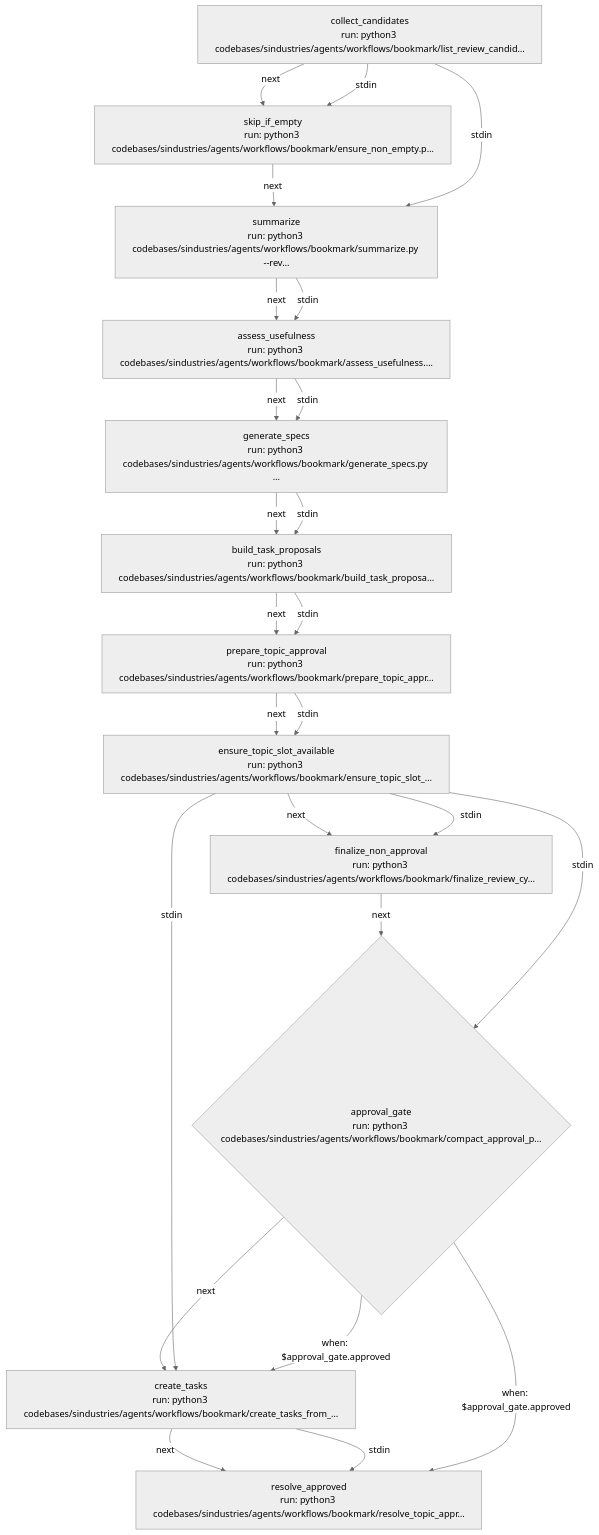
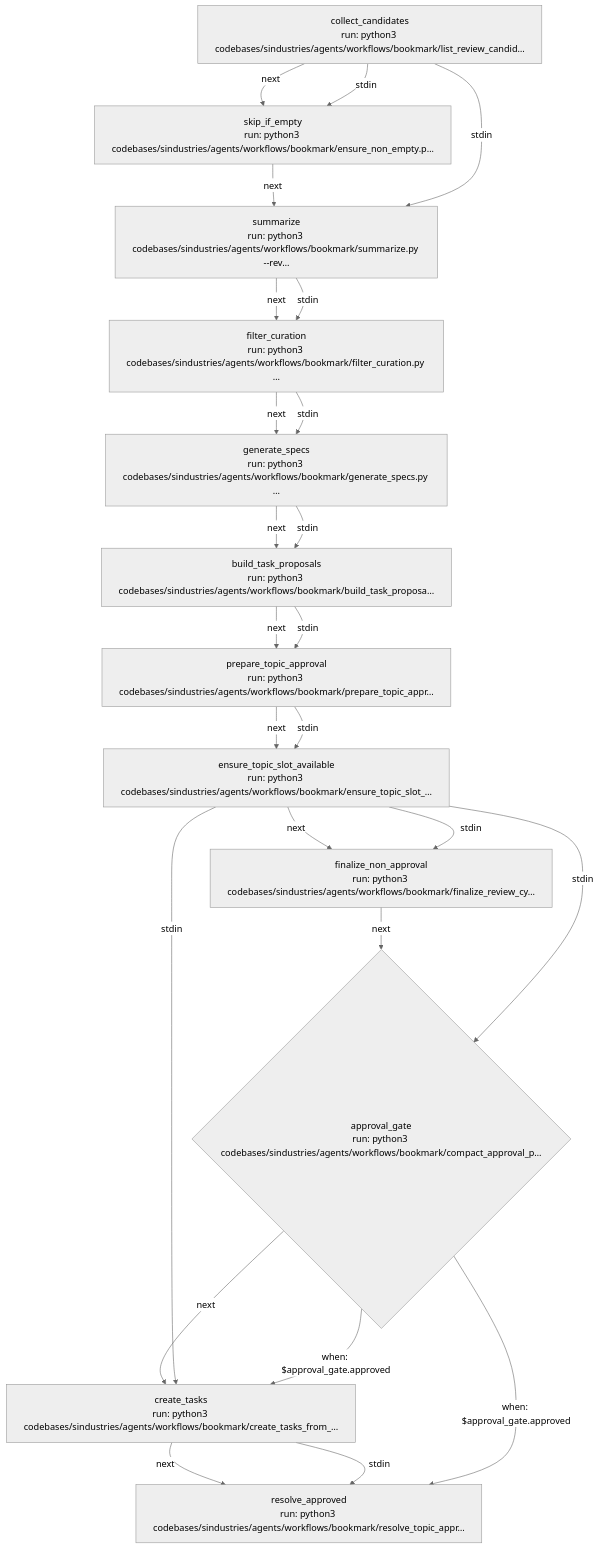
Before and after one commit to Stoffer-Industries/sindustries: the diagram in lobster/x-bookmarks-review-pipeline.mermaid.md, drawn with Mermaid (neutral theme). The commit also changed 4 other files, not shown here.

First line of the commit message:
refactor(bookmark): rename assess_usefulness → filter_curation

````diff
--- a/lobster/x-bookmarks-review-pipeline.mermaid.md
+++ b/lobster/x-bookmarks-review-pipeline.mermaid.md
@@ -1,40 +1,40 @@
 ```mermaid
 flowchart TD
   collect_candidates["collect_candidates\nrun: python3 codebases/sindustries/agents/workflows/bookmark/list_review_candid…"]
   skip_if_empty["skip_if_empty\nrun: python3 codebases/sindustries/agents/workflows/bookmark/ensure_non_empty.p…"]
   summarize["summarize\nrun: python3 codebases/sindustries/agents/workflows/bookmark/summarize.py --rev…"]
-  assess_usefulness["assess_usefulness\nrun: python3 codebases/sindustries/agents/workflows/bookmark/assess_usefulness.…"]
+  filter_curation["filter_curation\nrun: python3 codebases/sindustries/agents/workflows/bookmark/filter_curation.py …"]
   generate_specs["generate_specs\nrun: python3 codebases/sindustries/agents/workflows/bookmark/generate_specs.py …"]
   build_task_proposals["build_task_proposals\nrun: python3 codebases/sindustries/agents/workflows/bookmark/build_task_proposa…"]
   prepare_topic_approval["prepare_topic_approval\nrun: python3 codebases/sindustries/agents/workflows/bookmark/prepare_topic_appr…"]
   ensure_topic_slot_available["ensure_topic_slot_available\nrun: python3 codebases/sindustries/agents/workflows/bookmark/ensure_topic_slot_…"]
   finalize_non_approval["finalize_non_approval\nrun: python3 codebases/sindustries/agents/workflows/bookmark/finalize_review_cy…"]
   approval_gate{"approval_gate\nrun: python3 codebases/sindustries/agents/workflows/bookmark/compact_approval_p…"}
   create_tasks["create_tasks\nrun: python3 codebases/sindustries/agents/workflows/bookmark/create_tasks_from_…"]
   resolve_approved["resolve_approved\nrun: python3 codebases/sindustries/agents/workflows/bookmark/resolve_topic_appr…"]
 
   collect_candidates -->|next| skip_if_empty
   collect_candidates -->|stdin| skip_if_empty
   skip_if_empty -->|next| summarize
   collect_candidates -->|stdin| summarize
-  summarize -->|next| assess_usefulness
-  summarize -->|stdin| assess_usefulness
-  assess_usefulness -->|next| generate_specs
-  assess_usefulness -->|stdin| generate_specs
+  summarize -->|next| filter_curation
+  summarize -->|stdin| filter_curation
+  filter_curation -->|next| generate_specs
+  filter_curation -->|stdin| generate_specs
   generate_specs -->|next| build_task_proposals
   generate_specs -->|stdin| build_task_proposals
   build_task_proposals -->|next| prepare_topic_approval
   build_task_proposals -->|stdin| prepare_topic_approval
   prepare_topic_approval -->|next| ensure_topic_slot_available
   prepare_topic_approval -->|stdin| ensure_topic_slot_available
   ensure_topic_slot_available -->|next| finalize_non_approval
   ensure_topic_slot_available -->|stdin| finalize_non_approval
   finalize_non_approval -->|next| approval_gate
   ensure_topic_slot_available -->|stdin| approval_gate
   approval_gate -->|next| create_tasks
   ensure_topic_slot_available -->|stdin| create_tasks
   approval_gate -->|when: $approval_gate.approved| create_tasks
   create_tasks -->|next| resolve_approved
   create_tasks -->|stdin| resolve_approved
   approval_gate -->|when: $approval_gate.approved| resolve_approved
 ```
````
